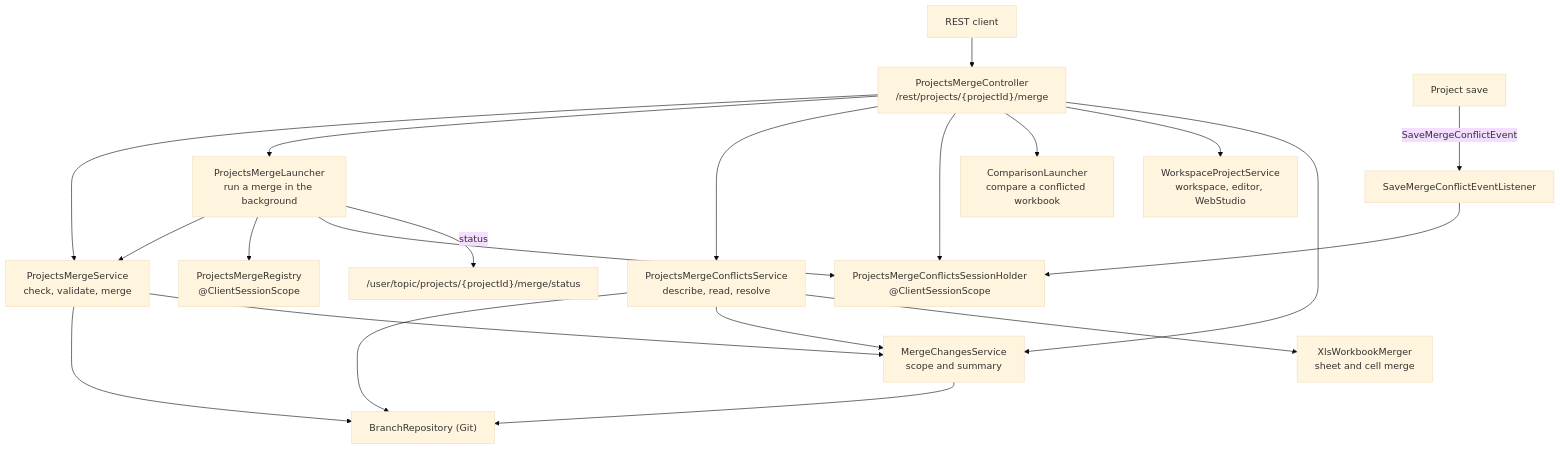
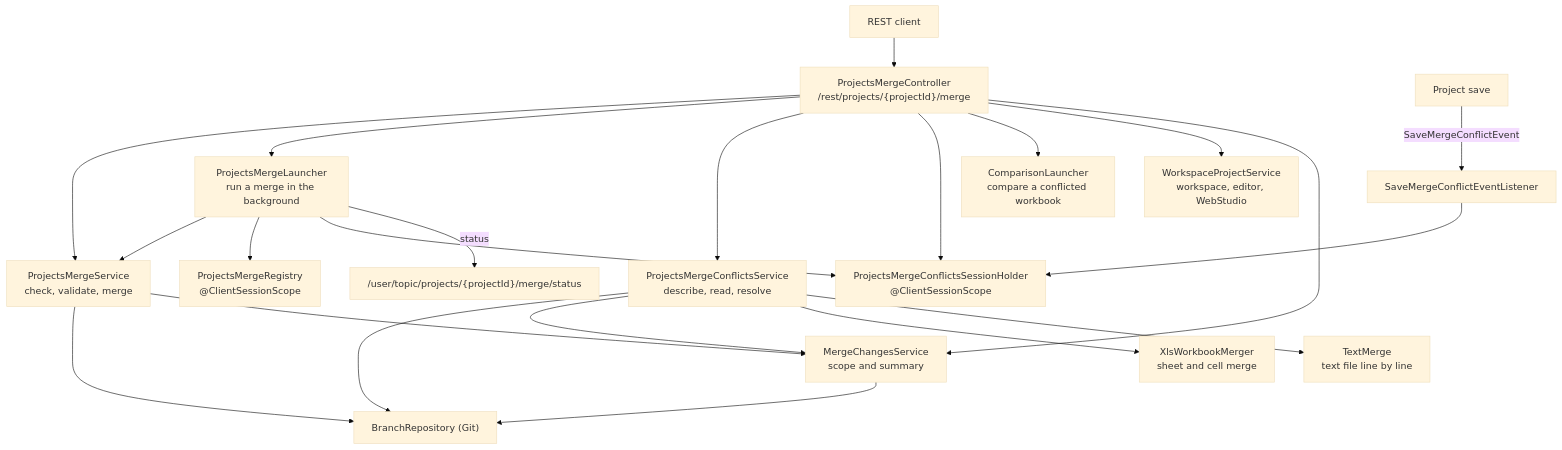
One commit to openl-tablets/openl-tablets changed the first of 2 diagrams in Docs/api/projects-merge-architecture.md. Above: the diagram before and after it, drawn with Mermaid (base theme). The commit also changed other lines of this file and 138 other files, not shown here.

Commit message:
EPBDS-16637 Resolve a conflicted text file line by line in the Resolve Conflicts dialog

````diff
--- a/Docs/api/projects-merge-architecture.md
+++ b/Docs/api/projects-merge-architecture.md
@@ -12,23 +12,24 @@
 ```mermaid
 flowchart TB
     Client["REST client"] --> Ctrl["ProjectsMergeController<br/>/rest/projects/{projectId}/merge"]
     Ctrl --> MS["ProjectsMergeService<br/>check, validate, merge"]
     Ctrl --> ML["ProjectsMergeLauncher<br/>run a merge in the background"]
     ML --> MS
     ML --> MR["ProjectsMergeRegistry<br/>@ClientSessionScope"]
     ML --> SH
     ML -- status --> Topic["/user/topic/projects/{projectId}/merge/status"]
     Ctrl --> CS["ProjectsMergeConflictsService<br/>describe, read, resolve"]
     Ctrl --> SH["ProjectsMergeConflictsSessionHolder<br/>@ClientSessionScope"]
     Ctrl --> CL["ComparisonLauncher<br/>compare a conflicted workbook"]
     Ctrl --> WS["WorkspaceProjectService<br/>workspace, editor, WebStudio"]
     MS --> Git["BranchRepository (Git)"]
     MS --> MC["MergeChangesService<br/>scope and summary"]
     Ctrl --> MC
     MC --> Git
     CS --> Git
     CS --> MC
     CS --> XM["XlsWorkbookMerger<br/>sheet and cell merge"]
+    CS --> TM["TextMerge<br/>text file line by line"]
     Save["Project save"] -- SaveMergeConflictEvent --> Lst["SaveMergeConflictEventListener"]
     Lst --> SH
 ```
````
